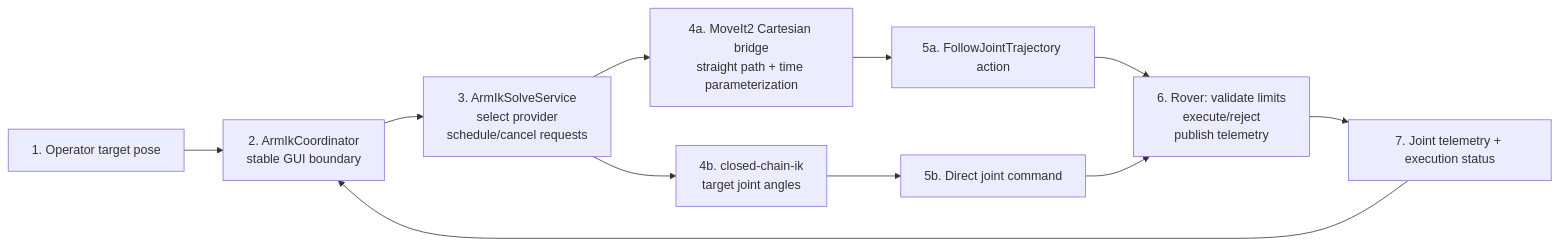
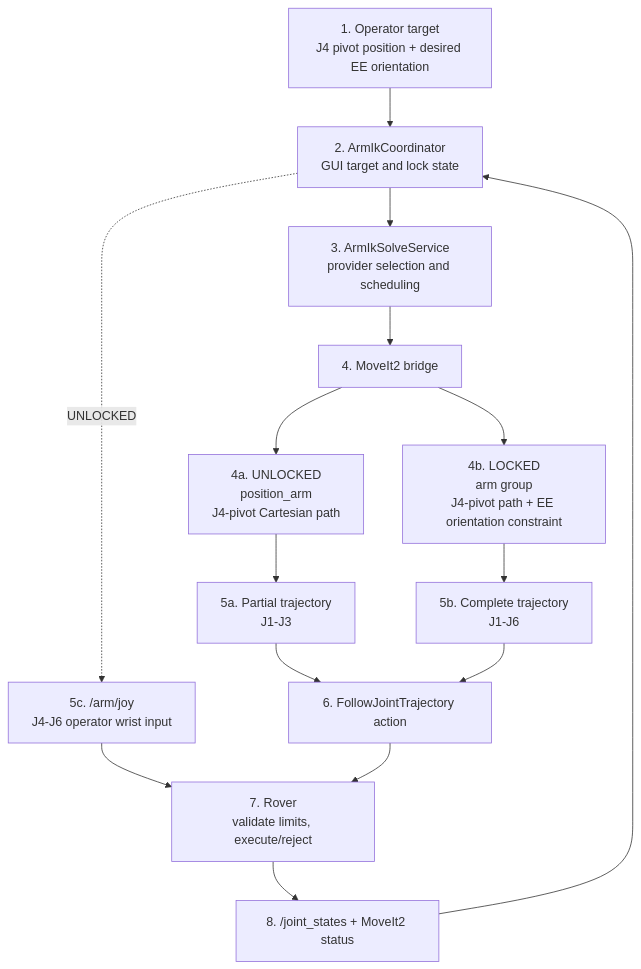
One commit to deakin-robotics/Chasmata-2027 changed the diagram in gui/docs/arm-ik.md. Above: the diagram before and after it, drawn with Mermaid. The commit also changed other lines of this file and 30 other files, not shown here.

````diff
--- a/gui/docs/arm-ik.md
+++ b/gui/docs/arm-ik.md
@@ -16,17 +17,22 @@
 ```mermaid
-flowchart LR
-    target[1. Operator target pose]
-    coordinator[2. ArmIkCoordinator<br/>stable GUI boundary]
-    solveService[3. ArmIkSolveService<br/>select provider<br/>schedule/cancel requests]
-    moveit[4a. MoveIt2 Cartesian bridge<br/>straight path + time parameterization]
-    action[5a. FollowJointTrajectory action]
-    local[4b. closed-chain-ik<br/>target joint angles]
-    direct[5b. Direct joint command]
-    rover[6. Rover: validate limits<br/>execute/reject<br/>publish telemetry]
-    telemetry[7. Joint telemetry + execution status]
+flowchart TB
+    target[1. Operator target<br/>J4 pivot position + desired EE orientation]
+    coordinator[2. ArmIkCoordinator<br/>GUI target and lock state]
+    solveService[3. ArmIkSolveService<br/>provider selection and scheduling]
+    moveit[4. MoveIt2 bridge]
+    unlocked[4a. UNLOCKED<br/>position_arm<br/>J4-pivot Cartesian path]
+    locked[4b. LOCKED<br/>arm group<br/>J4-pivot path + EE orientation constraint]
+    partial[5a. Partial trajectory<br/>J1-J3]
+    full[5b. Complete trajectory<br/>J1-J6]
+    wrist[5c. /arm/joy<br/>J4-J6 operator wrist input]
+    action[6. FollowJointTrajectory action]
+    rover[7. Rover<br/>validate limits, execute/reject]
+    telemetry[8. /joint_states + MoveIt2 status]
 
-    target --> coordinator --> solveService
-    solveService --> moveit --> action --> rover
-    solveService --> local --> direct --> rover
-    rover --> telemetry --> coordinator
+    target --> coordinator --> solveService --> moveit
+    moveit --> unlocked --> partial --> action
+    moveit --> locked --> full --> action
+    coordinator -. UNLOCKED .-> wrist
+    wrist --> rover
+    action --> rover --> telemetry --> coordinator
 ```
````
